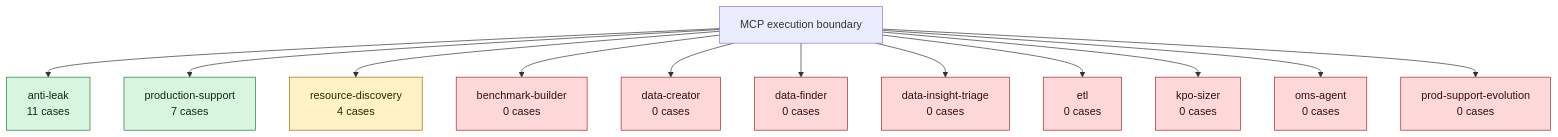
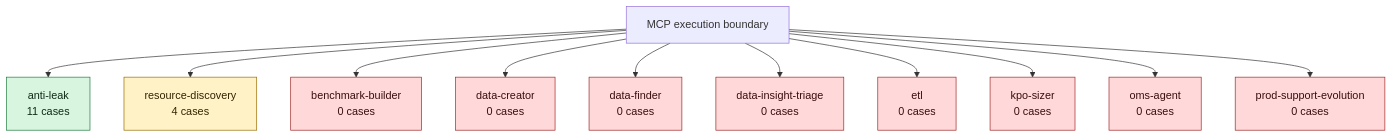
The diagram in src/workspaces/data_engineering/agents/ARCHITECTURE.md (jeisenman/q2_bench), drawn with Mermaid before and after one commit. The commit also changed other lines of this file and 328 other files, not shown here.

````diff
--- a/src/workspaces/data_engineering/agents/ARCHITECTURE.md
+++ b/src/workspaces/data_engineering/agents/ARCHITECTURE.md
@@ -8,24 +8,23 @@
 ```mermaid
 flowchart TB
     MCP[MCP execution boundary]
 
     MCP --> AL[anti-leak<br/>11 cases]
-    MCP --> PS[production-support<br/>7 cases]
     MCP --> RD[resource-discovery<br/>4 cases]
     MCP --> BB[benchmark-builder<br/>0 cases]
     MCP --> DC[data-creator<br/>0 cases]
     MCP --> DF[data-finder<br/>0 cases]
     MCP --> DIT[data-insight-triage<br/>0 cases]
     MCP --> ETL[etl<br/>0 cases]
     MCP --> KPO[kpo-sizer<br/>0 cases]
     MCP --> OMS[oms-agent<br/>0 cases]
     MCP --> PSE[prod-support-evolution<br/>0 cases]
 
     classDef thorough fill:#d7f5df,stroke:#1f7a3d,color:#102a18
     classDef threshold fill:#fff2c7,stroke:#9a6b00,color:#332400
     classDef warning fill:#ffd9d9,stroke:#a12626,color:#3b0d0d
 
-    class AL,PS thorough
+    class AL thorough
     class RD threshold
     class BB,DC,DF,DIT,ETL,KPO,OMS,PSE warning
 ```
````
